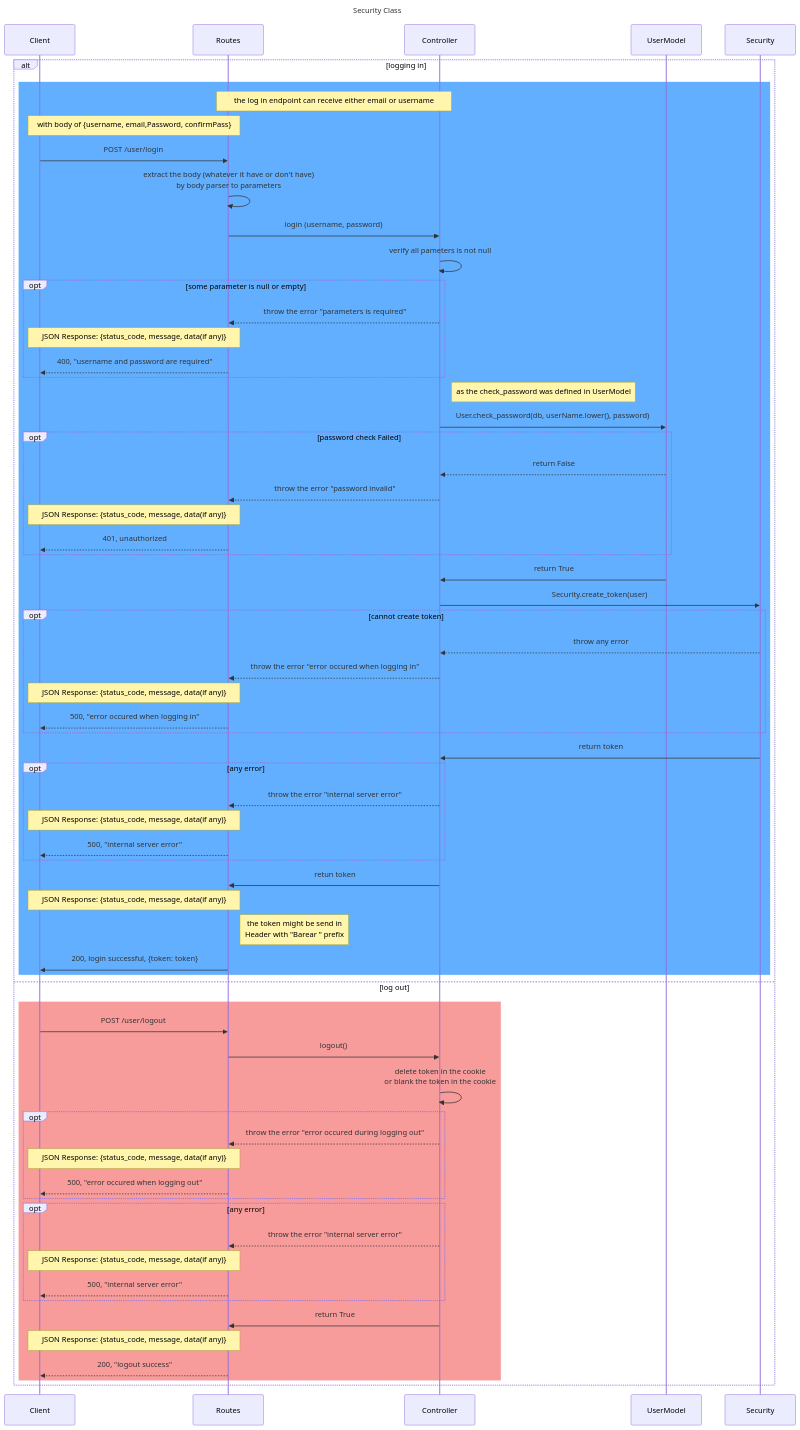
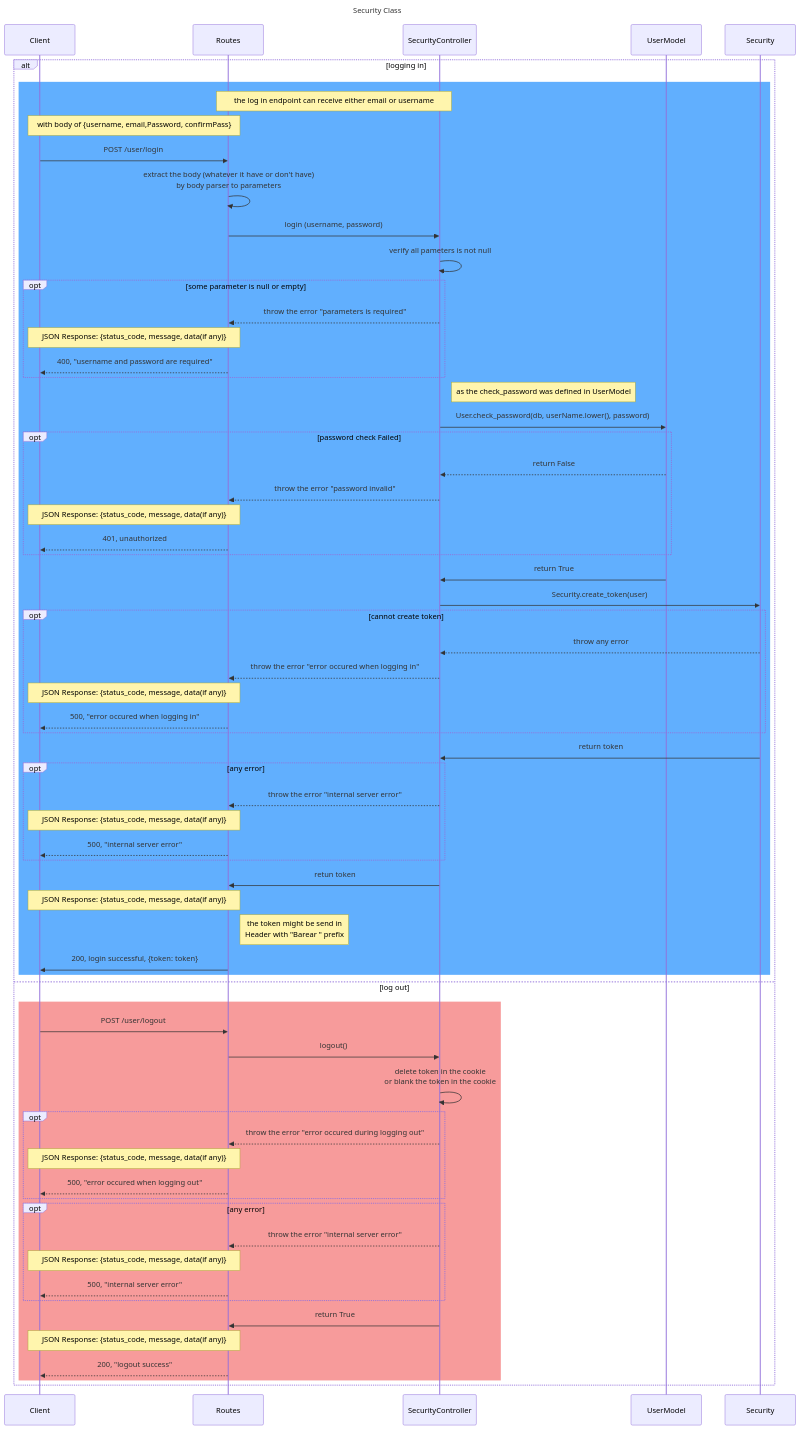
One commit to SawatKia/WealthTracking changed the diagram in design/Classes/Security.mmd. Above: the diagram before and after it, drawn with Mermaid.

Commit message:
change Controller name;

```diff
--- a/design/Classes/Security.mmd
+++ b/design/Classes/Security.mmd
@@ -1,72 +1,72 @@
 sequenceDiagram
     title Security Class
     participant Client
     participant Routes
-    participant Controller
+    participant SecurityController
     participant UserModel
     participant Security
     
 
     alt logging in
         rect rgb(97,175,254)
-            Note over Routes, Controller: the log in endpoint can receive either email or username
+            Note over Routes, SecurityController: the log in endpoint can receive either email or username
             Note over Routes, Client: with body of {username, email,Password, confirmPass}
             Client->>Routes: POST /user/login
             Routes->>Routes: extract the body (whatever it have or don't have)<br> by body parser to parameters
-            Routes->>Controller: login (username, password)
-            Controller->>Controller: verify all pameters is not null 
+            Routes->>SecurityController: login (username, password)
+            SecurityController->>SecurityController: verify all pameters is not null 
             opt some parameter is null or empty
-                Controller-->>Routes: throw the error "parameters is required"
+                SecurityController-->>Routes: throw the error "parameters is required"
                 Note over Routes,Client: JSON Response: {status_code, message, data(if any)}
                 Routes-->>Client: 400, "username and password are required"
             end
-            Note right of  Controller: as the check_password was defined in UserModel
-            Controller->>UserModel: User.check_password(db, userName.lower(), password)
+            Note right of  SecurityController: as the check_password was defined in UserModel
+            SecurityController->>UserModel: User.check_password(db, userName.lower(), password)
             opt password check Failed
-                UserModel-->>Controller: return False
-                Controller-->>Routes: throw the error "password invalid"
+                UserModel-->>SecurityController: return False
+                SecurityController-->>Routes: throw the error "password invalid"
                 Note over Routes,Client: JSON Response: {status_code, message, data(if any)}
                 Routes-->>Client: 401, unauthorized
             end
-            UserModel->>Controller: return True
-            Controller->>Security: Security.create_token(user)
+            UserModel->>SecurityController: return True
+            SecurityController->>Security: Security.create_token(user)
             opt cannot create token
-                Security-->>Controller: throw any error
-                Controller-->>Routes: throw the error "error occured when logging in"
+                Security-->>SecurityController: throw any error
+                SecurityController-->>Routes: throw the error "error occured when logging in"
                 Note over Routes,Client: JSON Response: {status_code, message, data(if any)}
                 Routes-->>Client: 500, "error occured when logging in"
             end
-            Security->>Controller: return token
+            Security->>SecurityController: return token
             opt any error
-                Controller-->>Routes: throw the error "internal server error"
+                SecurityController-->>Routes: throw the error "internal server error"
                 Note over Routes,Client: JSON Response: {status_code, message, data(if any)}
                 Routes-->>Client: 500, "internal server error"
             end
-            Controller->>Routes:retun token
+            SecurityController->>Routes:retun token
             Note over Routes,Client: JSON Response: {status_code, message, data(if any)}
             Note right of Routes: the token might be send in<br> Header with "Barear " prefix
             Routes->>Client: 200, login successful, {token: token}
         end
     
     else log out
         rect rgb(247,155,155)
             Client->>Routes: POST /user/logout
-            Routes->>Controller: logout()
+            Routes->>SecurityController: logout()
             %% delete token in the cookie is when for not enable cors but this Application enable cors, examine this condition
-            Controller->>Controller: delete token in the cookie <br>or blank the token in the cookie
+            SecurityController->>SecurityController: delete token in the cookie <br>or blank the token in the cookie
             opt
-                Controller-->>Routes: throw the error "error occured during logging out"
+                SecurityController-->>Routes: throw the error "error occured during logging out"
                 Note over Routes,Client: JSON Response: {status_code, message, data(if any)}
                 Routes-->>Client: 500, "error occured when logging out"
             end
             opt any error
-                Controller-->>Routes: throw the error "internal server error"
+                SecurityController-->>Routes: throw the error "internal server error"
                 Note over Routes,Client: JSON Response: {status_code, message, data(if any)}
                 Routes-->>Client: 500, "internal server error"
             end
-            Controller->>Routes: return True
+            SecurityController->>Routes: return True
             Note over Routes,Client: JSON Response: {status_code, message, data(if any)}
             Routes-->>Client: 200, "logout success"
         end
 
     end 
```
